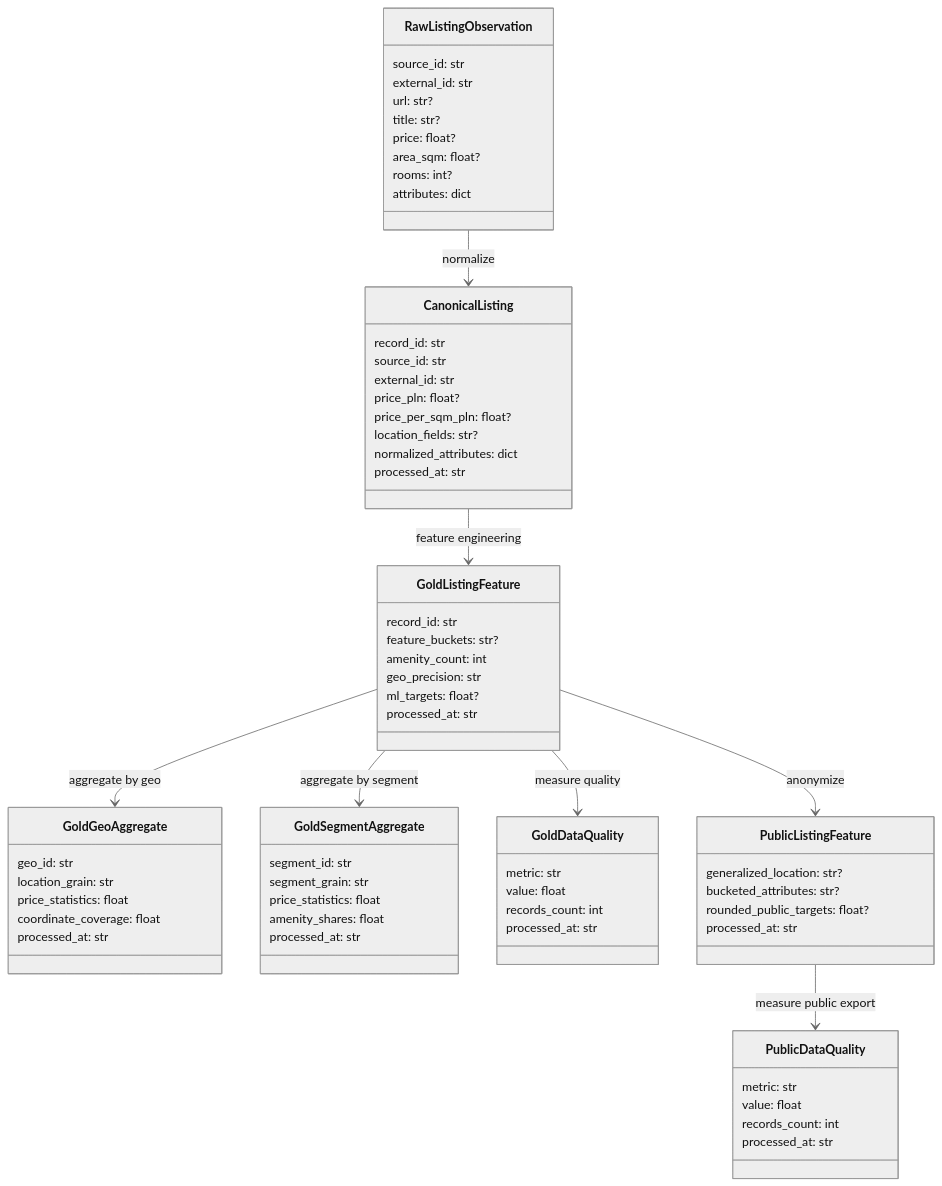
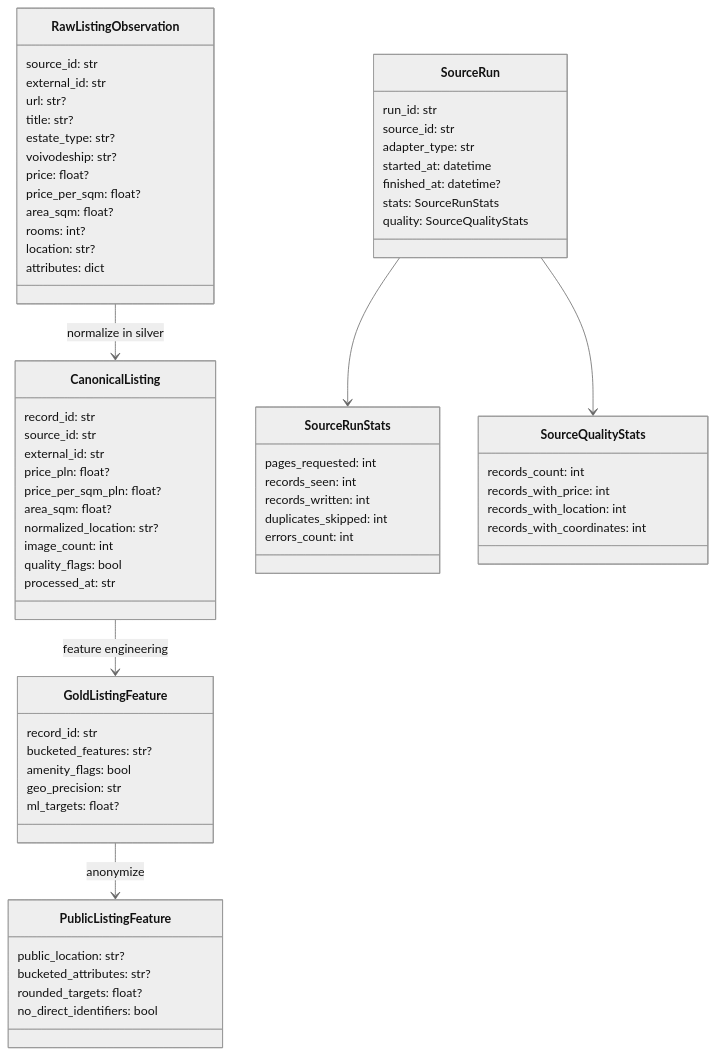
One commit to bi3lu/polish-real-estate-price-aggregates changed the diagram in docs/data-model-overview.md. Above: the diagram before and after it, drawn with Mermaid (neutral theme). The commit also changed other lines of this file and 15 other files, not shown here.

````diff
--- a/docs/data-model-overview.md
+++ b/docs/data-model-overview.md
@@ -3,78 +3,76 @@
 ```mermaid
 classDiagram
     class RawListingObservation {
         source_id: str
         external_id: str
         url: str?
         title: str?
+        estate_type: str?
+        voivodeship: str?
         price: float?
+        price_per_sqm: float?
         area_sqm: float?
         rooms: int?
+        location: str?
         attributes: dict
     }
 
     class CanonicalListing {
         record_id: str
         source_id: str
         external_id: str
         price_pln: float?
         price_per_sqm_pln: float?
-        location_fields: str?
-        normalized_attributes: dict
+        area_sqm: float?
+        normalized_location: str?
+        image_count: int
+        quality_flags: bool
         processed_at: str
+    }
+
+    class SourceRun {
+        run_id: str
+        source_id: str
+        adapter_type: str
+        started_at: datetime
+        finished_at: datetime?
+        stats: SourceRunStats
+        quality: SourceQualityStats
+    }
+
+    class SourceRunStats {
+        pages_requested: int
+        records_seen: int
+        records_written: int
+        duplicates_skipped: int
+        errors_count: int
+    }
+
+    class SourceQualityStats {
+        records_count: int
+        records_with_price: int
+        records_with_location: int
+        records_with_coordinates: int
     }
 
     class GoldListingFeature {
         record_id: str
-        feature_buckets: str?
-        amenity_count: int
+        bucketed_features: str?
+        amenity_flags: bool
         geo_precision: str
         ml_targets: float?
-        processed_at: str
-    }
-
-    class GoldGeoAggregate {
-        geo_id: str
-        location_grain: str
-        price_statistics: float
-        coordinate_coverage: float
-        processed_at: str
-    }
-
-    class GoldSegmentAggregate {
-        segment_id: str
-        segment_grain: str
-        price_statistics: float
-        amenity_shares: float
-        processed_at: str
-    }
-
-    class GoldDataQuality {
-        metric: str
-        value: float
-        records_count: int
-        processed_at: str
     }
 
     class PublicListingFeature {
-        generalized_location: str?
+        public_location: str?
         bucketed_attributes: str?
-        rounded_public_targets: float?
-        processed_at: str
+        rounded_targets: float?
+        no_direct_identifiers: bool
     }
 
-    class PublicDataQuality {
-        metric: str
-        value: float
-        records_count: int
-        processed_at: str
-    }
-
-    RawListingObservation --> CanonicalListing : normalize
+    RawListingObservation --> CanonicalListing : normalize in silver
+    SourceRun --> SourceRunStats
+    SourceRun --> SourceQualityStats
     CanonicalListing --> GoldListingFeature : feature engineering
-    GoldListingFeature --> GoldGeoAggregate : aggregate by geo
-    GoldListingFeature --> GoldSegmentAggregate : aggregate by segment
-    GoldListingFeature --> GoldDataQuality : measure quality
     GoldListingFeature --> PublicListingFeature : anonymize
-    PublicListingFeature --> PublicDataQuality : measure public export
 ```
````
